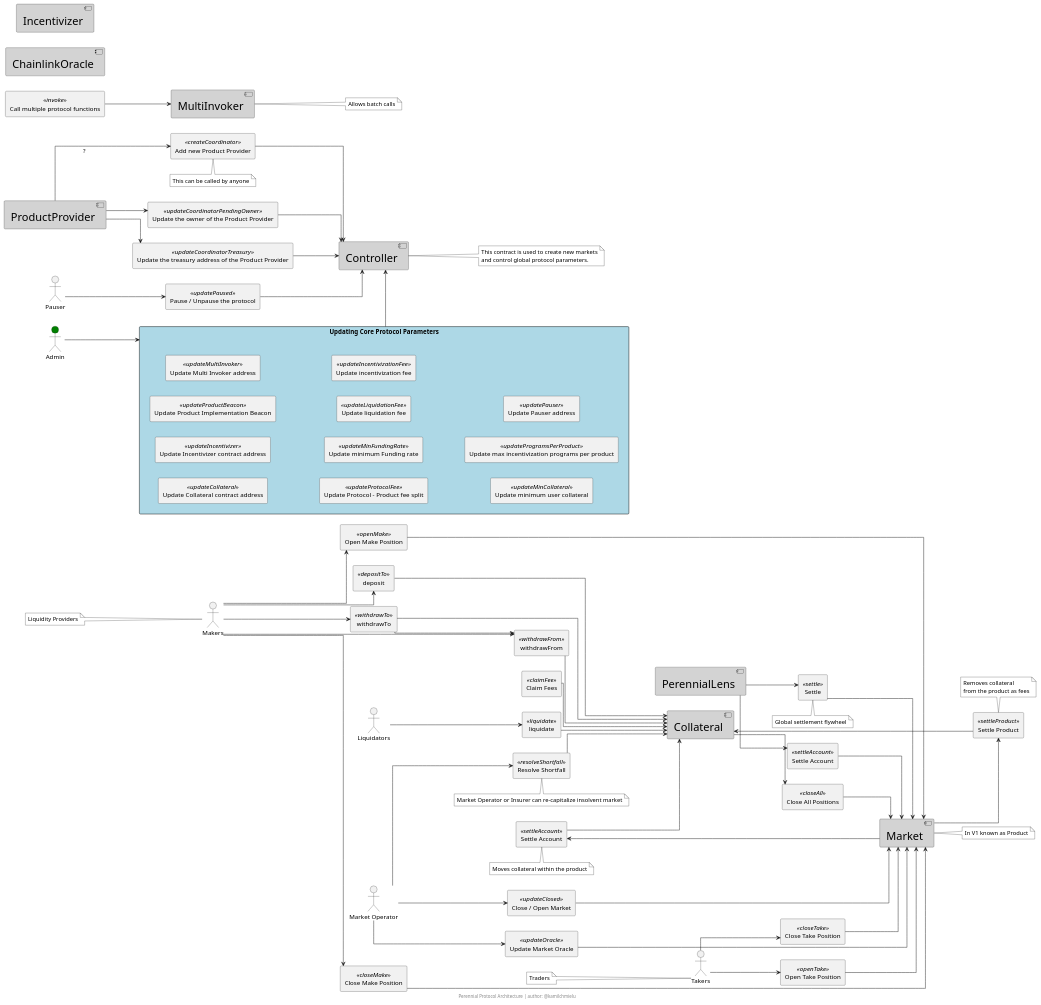
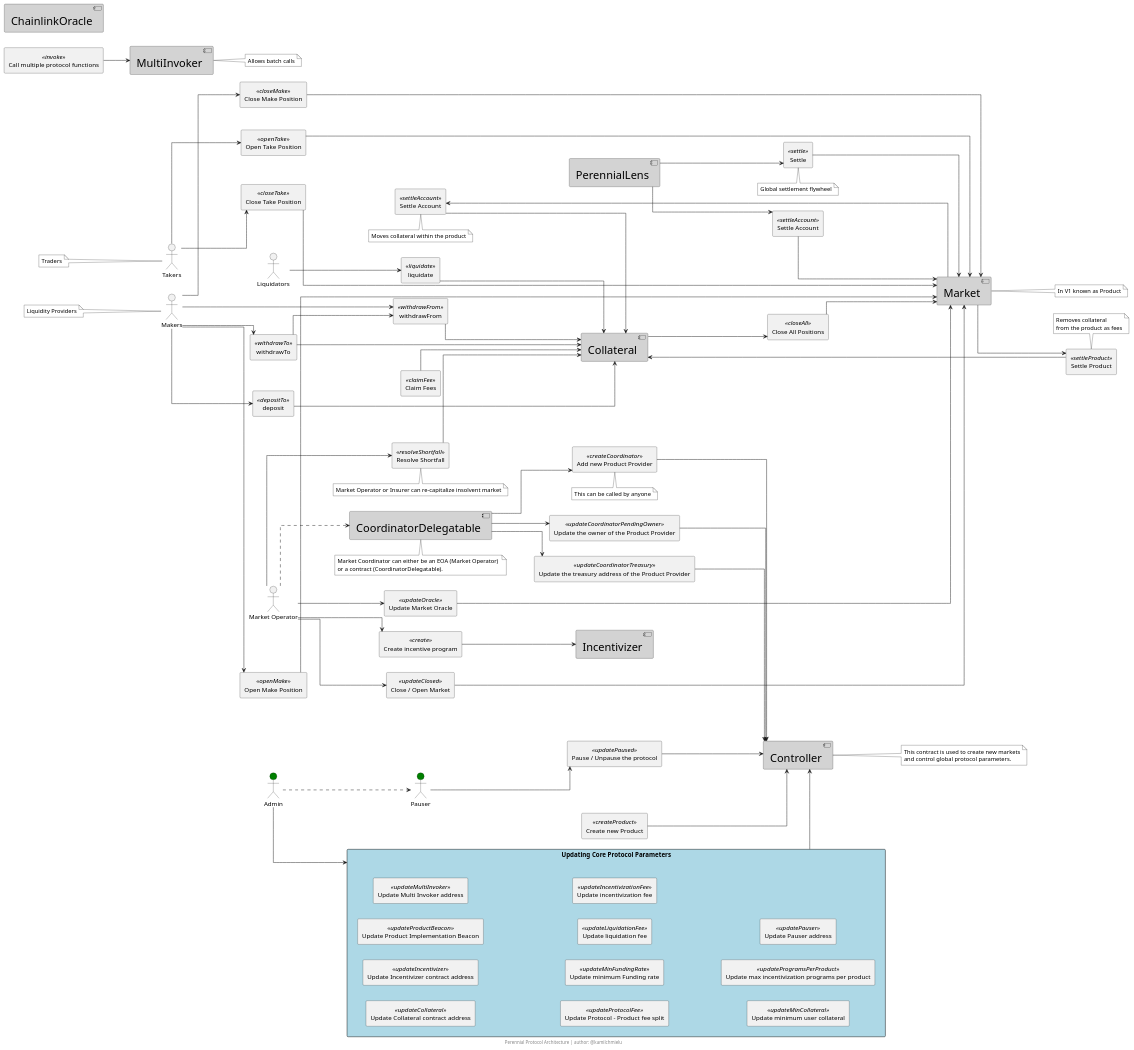
The diagram in diagrams/PerennialArchitecture.puml (ChmielewskiKamil/perennial-notes), drawn with PlantUML before and after one commit.

Commit message:
🖼️ Add coordinator and Incentivizer

```diff
--- a/diagrams/PerennialArchitecture.puml
+++ b/diagrams/PerennialArchitecture.puml
@@ -27,11 +27,19 @@
 
 /' Actors '/
 actor Liquidators
-actor Makers
-actor Takers
+
+together {
+    actor Makers
+    actor Takers
+}
+
 actor "Market Operator" as MarketOperator
-actor Admin #green
-actor Pauser
+
+together {
+    actor Admin #green
+    actor Pauser #green
+}
+
 
 /' //////////////////////////////////////////////////////////////////
 //                           Core Contracts                        //
@@ -49,7 +57,7 @@
 
 component Controller
 
-component ProductProvider 
+component CoordinatorDelegatable 
 
 component PerennialLens
 
@@ -79,6 +87,7 @@
 rectangle "Update Market Oracle" as updateOracle <<updateOracle>>
 
 /'Controller'/
+rectangle "Create new Product" as createProduct <<createProduct>>
 rectangle "Add new Product Provider" as createCoordinator <<createCoordinator>>
 rectangle "Update the owner of the Product Provider" as updateCoordinator <<updateCoordinatorPendingOwner>>
 rectangle "Update the treasury address of the Product Provider" as updateTreasury <<updateCoordinatorTreasury>>
@@ -99,6 +108,11 @@
 
 /'MultiInvoker'/
 rectangle "Call multiple protocol functions" as invoke <<invoke>>
+
+/'Incentivizer'/
+rectangle "Create incentive program" as incentivizer_create <<create>>
+
+/'CoordinatorDelegatable'/
 
 /'PerennialLens'/
 
@@ -147,6 +161,7 @@
 PerennialLens --> market_settleAccount
 
 'Controller functions'
+createProduct --> Controller
 createCoordinator --> Controller
 updateCoordinator --> Controller
 updateTreasury --> Controller
@@ -154,14 +169,24 @@
 pause --> Controller
 
 'Calls to Controller functions'
-ProductProvider --> createCoordinator: ?
-ProductProvider --> updateCoordinator
-ProductProvider --> updateTreasury
+CoordinatorDelegatable --> createCoordinator
+CoordinatorDelegatable --> updateCoordinator
+CoordinatorDelegatable --> updateTreasury
 Admin --> UPDATE_PROTOCOL_PARAMS
 Pauser --> pause
 
 'MultiInvoker functions'
 invoke --> MultiInvoker
+
+'Incentivizer functions'
+incentivizer_create --> Incentivizer
+
+'Calls to Incentivizer functions'
+MarketOperator --> incentivizer_create
+
+'Other'
+MarketOperator .-> CoordinatorDelegatable
+Admin .-> Pauser
 
 /' //////////////////////////////////////////////////////////////////
 //                             Notes                               //
@@ -183,6 +208,10 @@
     This contract is used to create new markets
     and control global protocol parameters.
 end note
+note bottom of CoordinatorDelegatable
+    Market Coordinator can either be an EOA (Market Operator) 
+    or a contract (CoordinatorDelegatable).
+end note
 
 footer Perennial Protocol Architecture | author: @kamilchmielu
 @enduml
```
